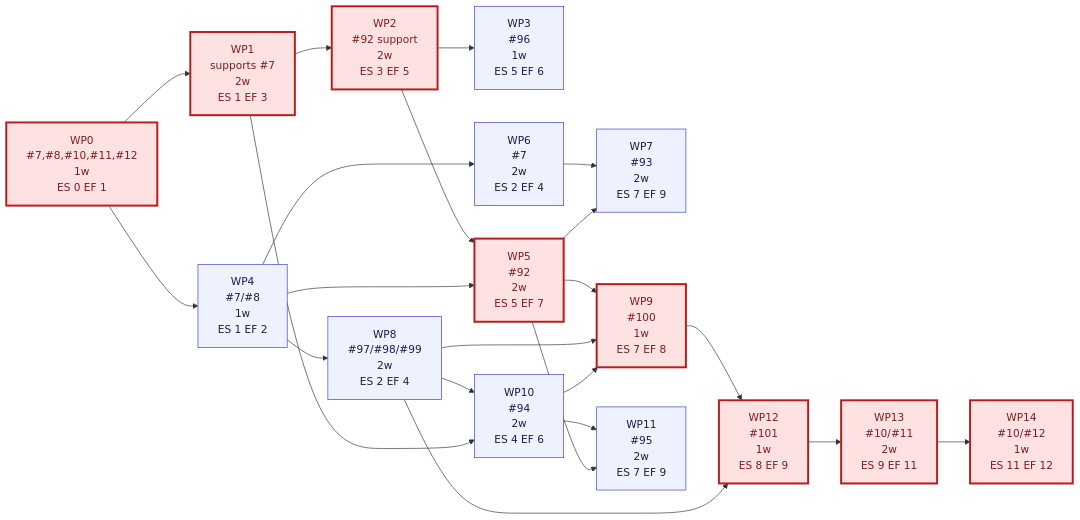
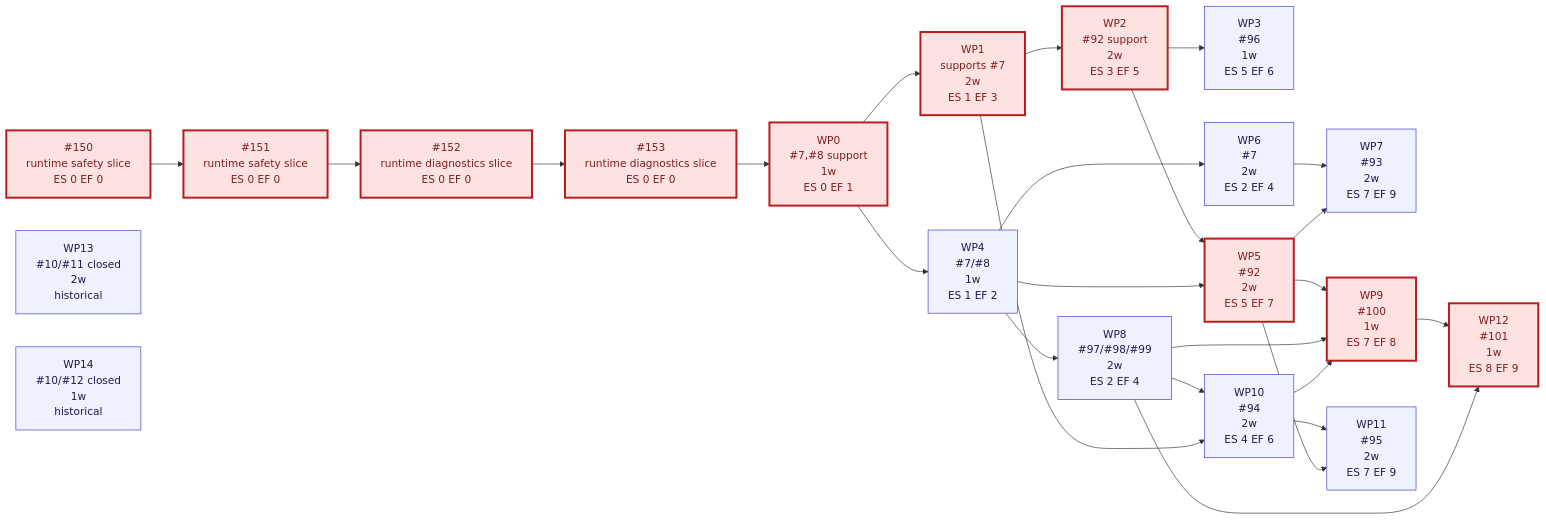
Before and after one commit to rhamenator/Project-Copperfin: the third of 3 diagrams in docs/23-phase-a-dependency-breakdown.md, drawn with Mermaid. The commit also changed other lines of this file, not shown here.

Commit message:
docs: update Phase A dependency breakdown to reflect historical completion of automation activation and containment, and adjust critical path for remaining work

````diff
--- a/docs/23-phase-a-dependency-breakdown.md
+++ b/docs/23-phase-a-dependency-breakdown.md
@@ -250,39 +249,44 @@
 ```mermaid
 flowchart LR
     classDef normal fill:#eef2ff,stroke:#4338ca,stroke-width:1px,color:#1e1b4b;
     classDef critical fill:#fee2e2,stroke:#b91c1c,stroke-width:3px,color:#7f1d1d;
 
-    WP0["WP0<br/>#7,#8,#10,#11,#12<br/>1w<br/>ES 0 EF 1"]
+    WP0["WP0<br/>#7,#8 support<br/>1w<br/>ES 0 EF 1"]
+    S150["#150<br/>runtime safety slice<br/>ES 0 EF 0"]
+    S151["#151<br/>runtime safety slice<br/>ES 0 EF 0"]
+    S152["#152<br/>runtime diagnostics slice<br/>ES 0 EF 0"]
+    S153["#153<br/>runtime diagnostics slice<br/>ES 0 EF 0"]
     WP1["WP1<br/>supports #7<br/>2w<br/>ES 1 EF 3"]
     WP2["WP2<br/>#92 support<br/>2w<br/>ES 3 EF 5"]
     WP3["WP3<br/>#96<br/>1w<br/>ES 5 EF 6"]
     WP4["WP4<br/>#7/#8<br/>1w<br/>ES 1 EF 2"]
     WP5["WP5<br/>#92<br/>2w<br/>ES 5 EF 7"]
     WP6["WP6<br/>#7<br/>2w<br/>ES 2 EF 4"]
     WP7["WP7<br/>#93<br/>2w<br/>ES 7 EF 9"]
     WP8["WP8<br/>#97/#98/#99<br/>2w<br/>ES 2 EF 4"]
     WP9["WP9<br/>#100<br/>1w<br/>ES 7 EF 8"]
     WP10["WP10<br/>#94<br/>2w<br/>ES 4 EF 6"]
     WP11["WP11<br/>#95<br/>2w<br/>ES 7 EF 9"]
     WP12["WP12<br/>#101<br/>1w<br/>ES 8 EF 9"]
-    WP13["WP13<br/>#10/#11<br/>2w<br/>ES 9 EF 11"]
-    WP14["WP14<br/>#10/#12<br/>1w<br/>ES 11 EF 12"]
+    WP13["WP13<br/>#10/#11 closed<br/>2w<br/>historical"]
+    WP14["WP14<br/>#10/#12 closed<br/>1w<br/>historical"]
 
+    S150 --> S151 --> S152 --> S153 --> WP0
     WP0 --> WP1 --> WP2 --> WP3
     WP0 --> WP4
     WP2 --> WP5
     WP4 --> WP5
     WP4 --> WP6 --> WP7
     WP4 --> WP8
     WP8 --> WP10 --> WP11
-    WP5 --> WP9 --> WP12 --> WP13 --> WP14
+    WP5 --> WP9 --> WP12
     WP8 --> WP9
     WP8 --> WP12
     WP1 --> WP10
     WP5 --> WP7
     WP10 --> WP9
     WP5 --> WP11
 
-    class WP3,WP4,WP6,WP7,WP8,WP10,WP11 normal;
-    class WP0,WP1,WP2,WP5,WP9,WP12,WP13,WP14 critical;
+    class WP3,WP4,WP6,WP7,WP8,WP10,WP11,WP13,WP14 normal;
+    class S150,S151,S152,S153,WP0,WP1,WP2,WP5,WP9,WP12 critical;
 ```
````
